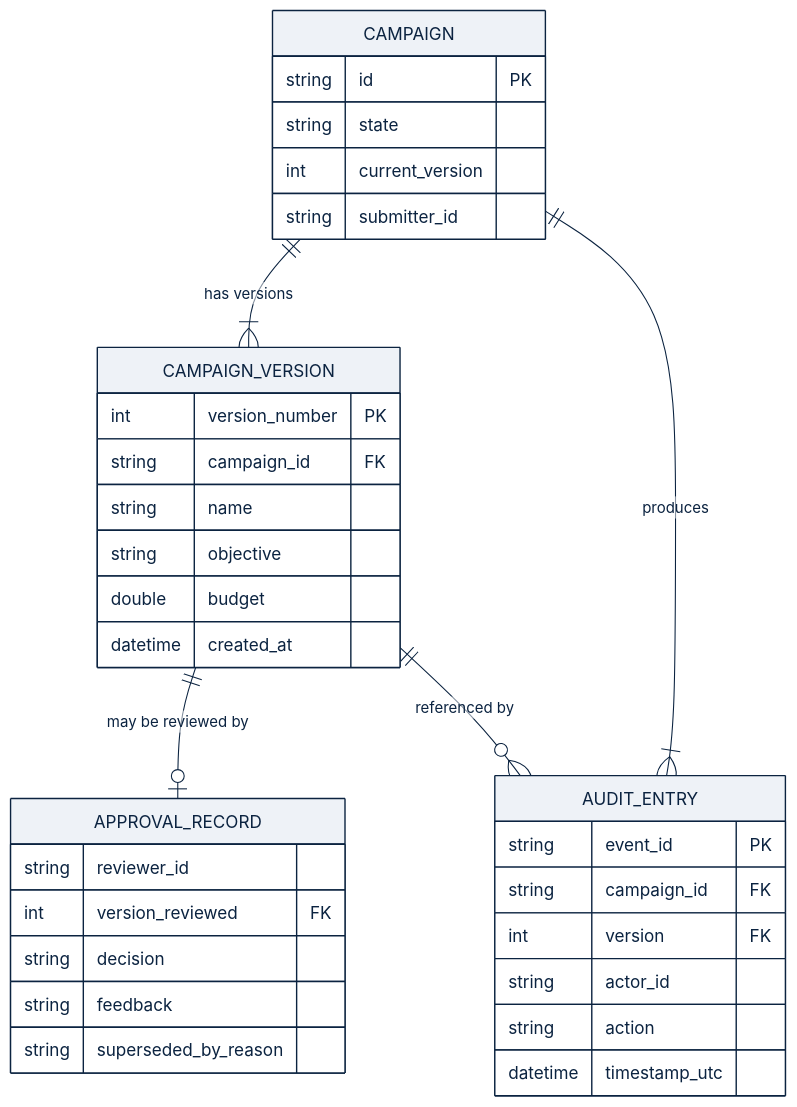
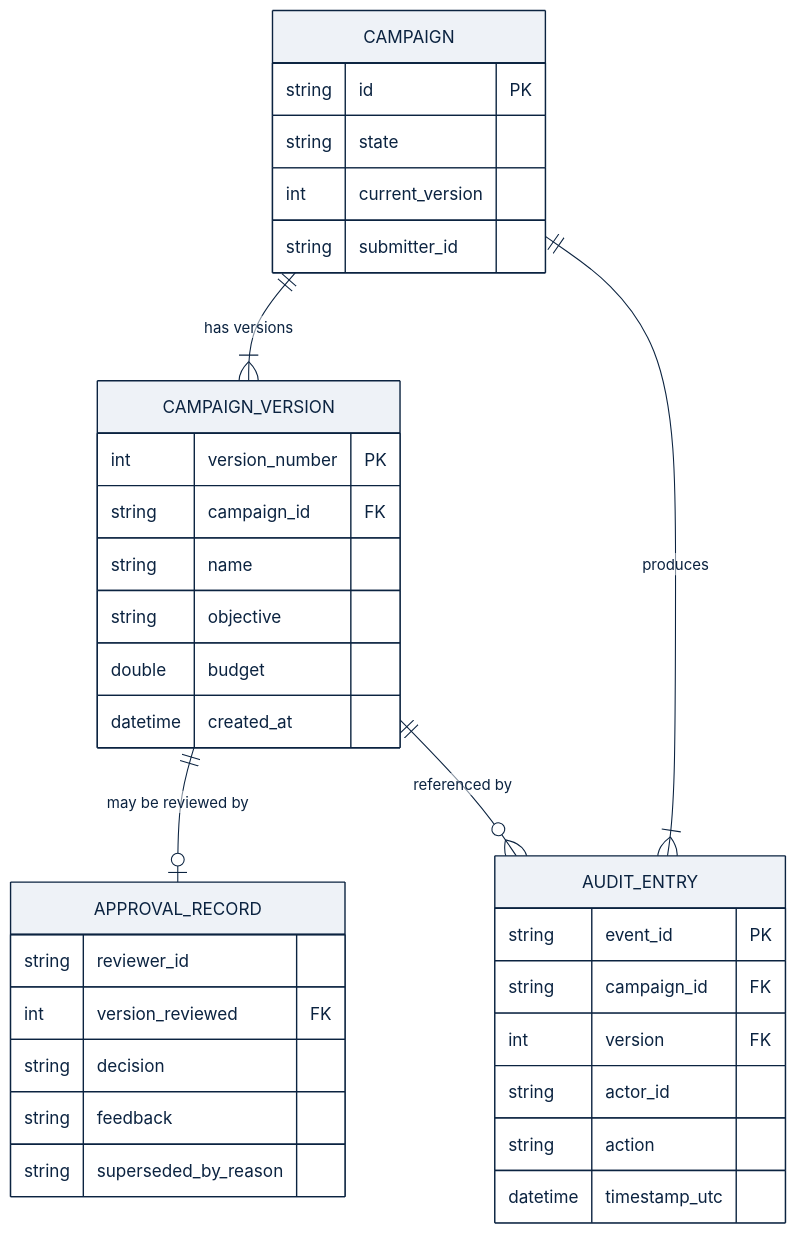
The diagram in docs/05-diagrams/er-diagram.mmd (dhruvjaink07/mal4-martech), drawn with Mermaid before and after one commit. The commit also changed 70 other files, not shown here.

Commit message:
feat: add PDF generation scripts and architecture documentation deliverables

```diff
--- a/docs/05-diagrams/er-diagram.mmd
+++ b/docs/05-diagrams/er-diagram.mmd
@@ -1,41 +1,41 @@
 %% Database ER Diagram - CONCEPTUAL / DOMAIN-LEVEL ONLY
 %% This is NOT the physical schema. Physical tables, columns, and indexes are defined
 %% separately in the project's data-design documentation. This diagram shows only the
 %% entity relationships established in the Low-Level Design's domain model.
 
-%%{init: {'theme':'base', 'themeVariables': {'primaryColor':'#eef2f7','primaryBorderColor':'#0b2340','primaryTextColor':'#0b2340','lineColor':'#0b2340','secondaryColor':'#dde6f0','tertiaryColor':'#ffffff','fontFamily':'Helvetica, Arial, sans-serif'}}}%%
+%%{init: {'theme':'base', 'themeVariables': {'primaryColor':'#eef2f7','primaryBorderColor':'#0b2340','primaryTextColor':'#0b2340','lineColor':'#0b2340','secondaryColor':'#dde6f0','tertiaryColor':'#ffffff','fontFamily':'Helvetica, Arial, sans-serif'}, 'er': {'entityPadding': 20, 'minEntityWidth': 170, 'fontSize': 15}}}%%
 erDiagram
     CAMPAIGN ||--|{ CAMPAIGN_VERSION : "has versions"
     CAMPAIGN_VERSION ||--o| APPROVAL_RECORD : "may be reviewed by"
     CAMPAIGN ||--|{ AUDIT_ENTRY : "produces"
     CAMPAIGN_VERSION ||--o{ AUDIT_ENTRY : "referenced by"
 
     CAMPAIGN {
         string id PK
         string state
         int current_version
         string submitter_id
     }
     CAMPAIGN_VERSION {
         int version_number PK
         string campaign_id FK
         string name
         string objective
         double budget
         datetime created_at
     }
     APPROVAL_RECORD {
         string reviewer_id
         int version_reviewed FK
         string decision
         string feedback
         string superseded_by_reason
     }
     AUDIT_ENTRY {
         string event_id PK
         string campaign_id FK
         int version FK
         string actor_id
         string action
         datetime timestamp_utc
     }
```
